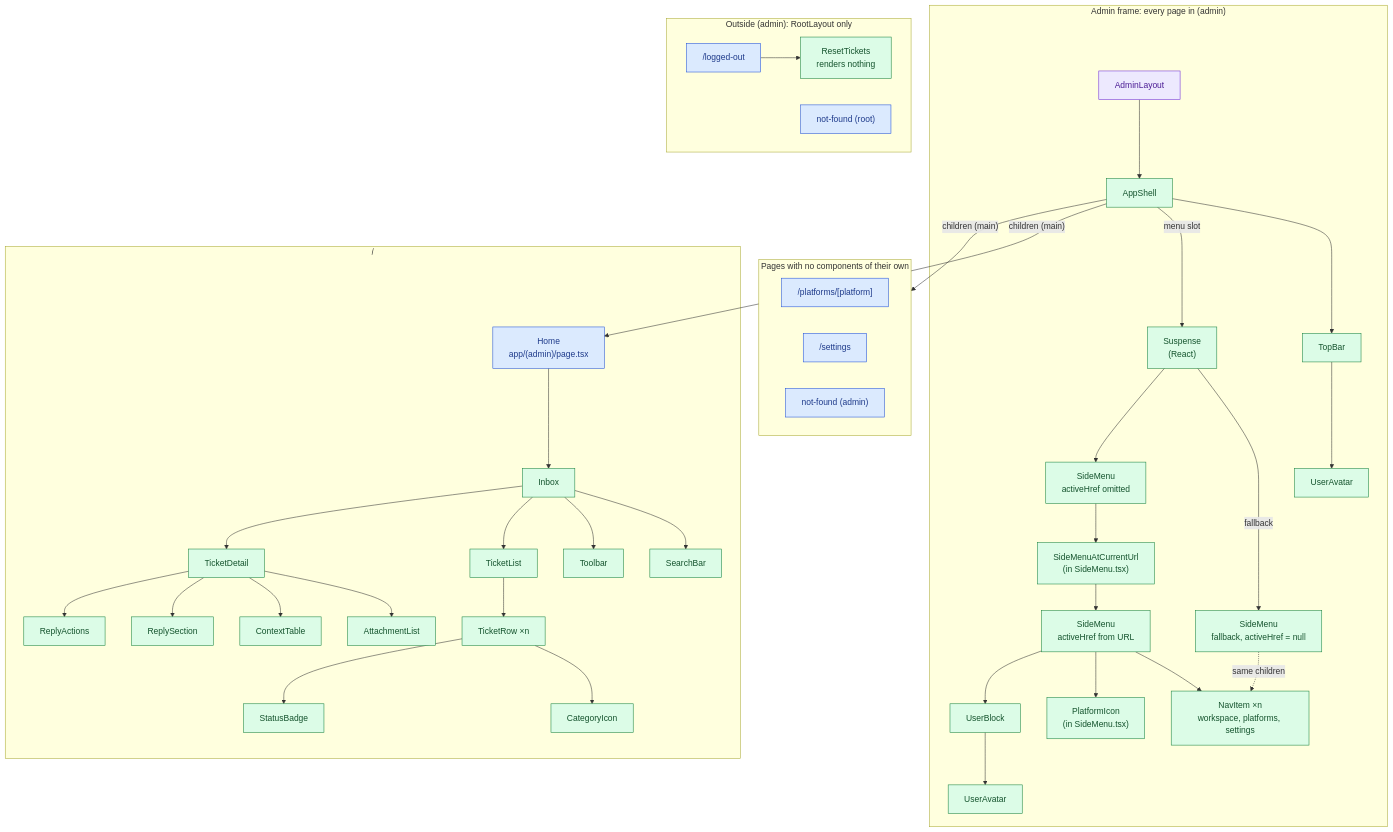
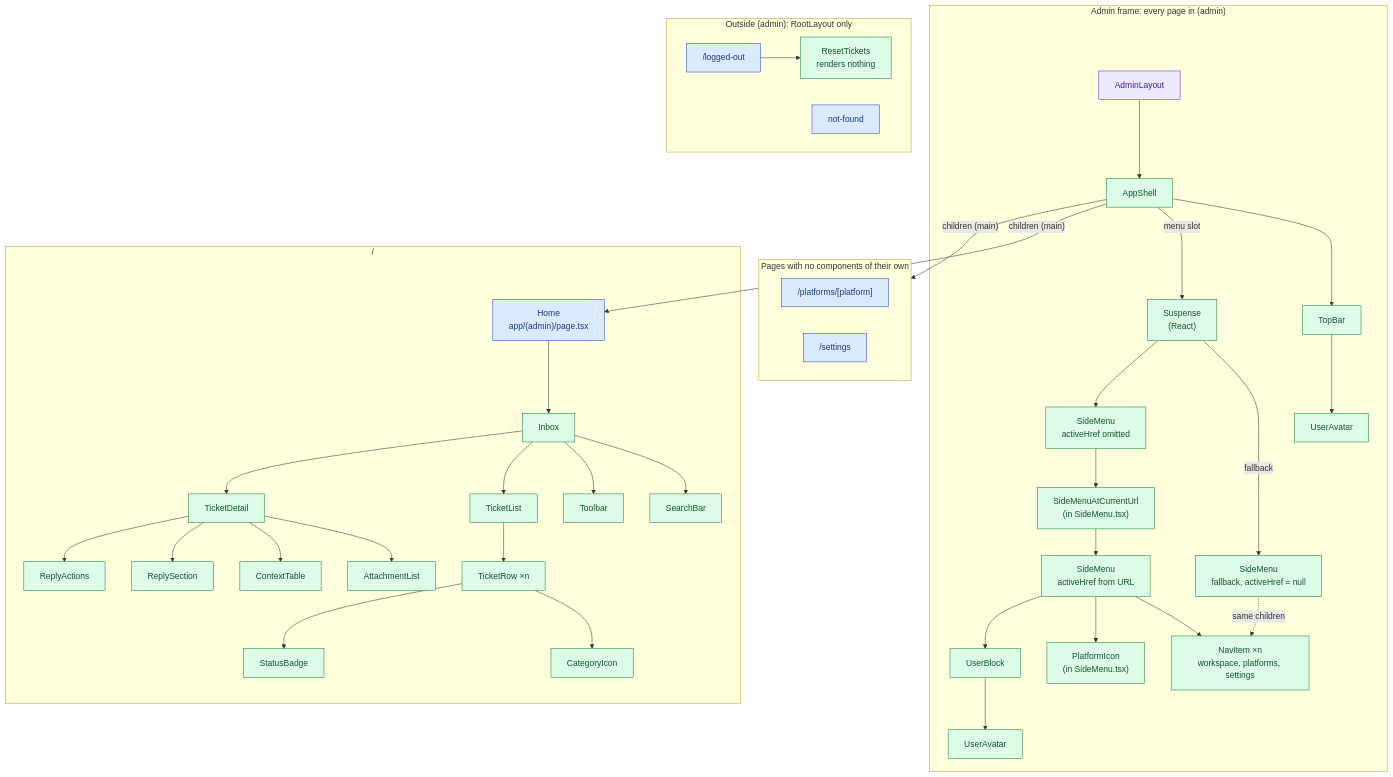
One commit to AlberteViendahl/feedback changed the ninth of 13 diagrams in apps/admin/docs/architecture.md. Above: the diagram before and after it, drawn with Mermaid. The commit also changed other lines of this file and 1 other file, not shown here.

Commit message:
Updates to architecture and previous specs

````diff
--- a/apps/admin/docs/architecture.md
+++ b/apps/admin/docs/architecture.md
@@ -312,78 +309,77 @@
 ```mermaid
 flowchart TD
   subgraph AdminFrame["Admin frame: every page in (admin)"]
     AdminLayout["AdminLayout"]:::layout
     AppShell["AppShell"]:::component
     TopBar["TopBar"]:::component
     TopAvatar["UserAvatar"]:::component
     Suspense["Suspense<br/>(React)"]:::component
     FallbackMenu["SideMenu<br/>fallback, activeHref = null"]:::component
     SideMenu["SideMenu<br/>activeHref omitted"]:::component
     AtUrl["SideMenuAtCurrentUrl<br/>(in SideMenu.tsx)"]:::component
     UrlMenu["SideMenu<br/>activeHref from URL"]:::component
     NavItem["NavItem ×n<br/>workspace, platforms, settings"]:::component
     PlatformIcon["PlatformIcon<br/>(in SideMenu.tsx)"]:::component
     UserBlock["UserBlock"]:::component
     MenuAvatar["UserAvatar"]:::component
 
     AdminLayout --> AppShell
     AppShell --> TopBar --> TopAvatar
     AppShell -- "menu slot" --> Suspense
     Suspense -- fallback --> FallbackMenu
     Suspense --> SideMenu --> AtUrl --> UrlMenu
     UrlMenu --> NavItem
     UrlMenu --> PlatformIcon
     UrlMenu --> UserBlock --> MenuAvatar
     FallbackMenu -. "same children" .-> NavItem
   end
 
   subgraph HomePage["/"]
     Home["Home<br/>app/(admin)/page.tsx"]:::page
     Inbox["Inbox"]:::component
     SearchBar["SearchBar"]:::component
     Toolbar["Toolbar"]:::component
     TicketList["TicketList"]:::component
     TicketRow["TicketRow ×n"]:::component
     CategoryIcon["CategoryIcon"]:::component
     StatusBadge["StatusBadge"]:::component
     TicketDetail["TicketDetail"]:::component
     AttachmentList["AttachmentList"]:::component
     ContextTable["ContextTable"]:::component
     ReplySection["ReplySection"]:::component
     ReplyActions["ReplyActions"]:::component
 
     Home --> Inbox
     Inbox --> SearchBar
     Inbox --> Toolbar
     Inbox --> TicketList --> TicketRow
     TicketRow --> CategoryIcon
     TicketRow --> StatusBadge
     Inbox --> TicketDetail
     TicketDetail --> AttachmentList
     TicketDetail --> ContextTable
     TicketDetail --> ReplySection
     TicketDetail --> ReplyActions
   end
 
   subgraph Placeholders["Pages with no components of their own"]
     Platform["/platforms/[platform]"]:::page
     Settings["/settings"]:::page
-    AdminNotFound["not-found (admin)"]:::page
   end
 
   subgraph NoMenu["Outside (admin): RootLayout only"]
     LoggedOut["/logged-out"]:::page
     ResetTickets["ResetTickets<br/>renders nothing"]:::component
-    RootNotFound["not-found (root)"]:::page
+    NotFound["not-found"]:::page
     LoggedOut --> ResetTickets
   end
 
   AppShell -- "children (main)" --> Home
   AppShell -- "children (main)" --> Placeholders
 
   classDef page fill:#DBEAFE,stroke:#1D4ED8,color:#1E3A8A
   classDef layout fill:#EDE9FE,stroke:#6D28D9,color:#4C1D95
   classDef component fill:#DCFCE7,stroke:#15803D,color:#14532D
   classDef store fill:#FFEDD5,stroke:#C2410C,color:#7C2D12
   classDef mock fill:#F3F4F6,stroke:#4B5563,color:#1F2937,stroke-dasharray:4 3
 ```
````
